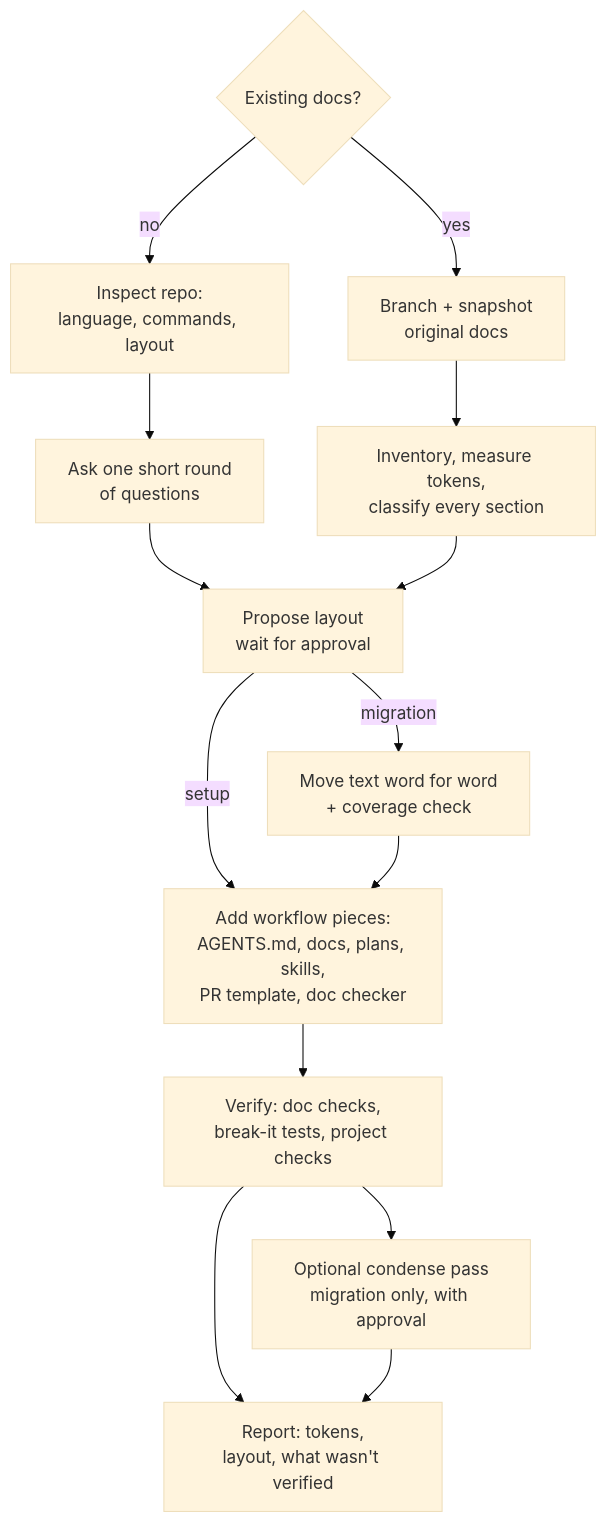
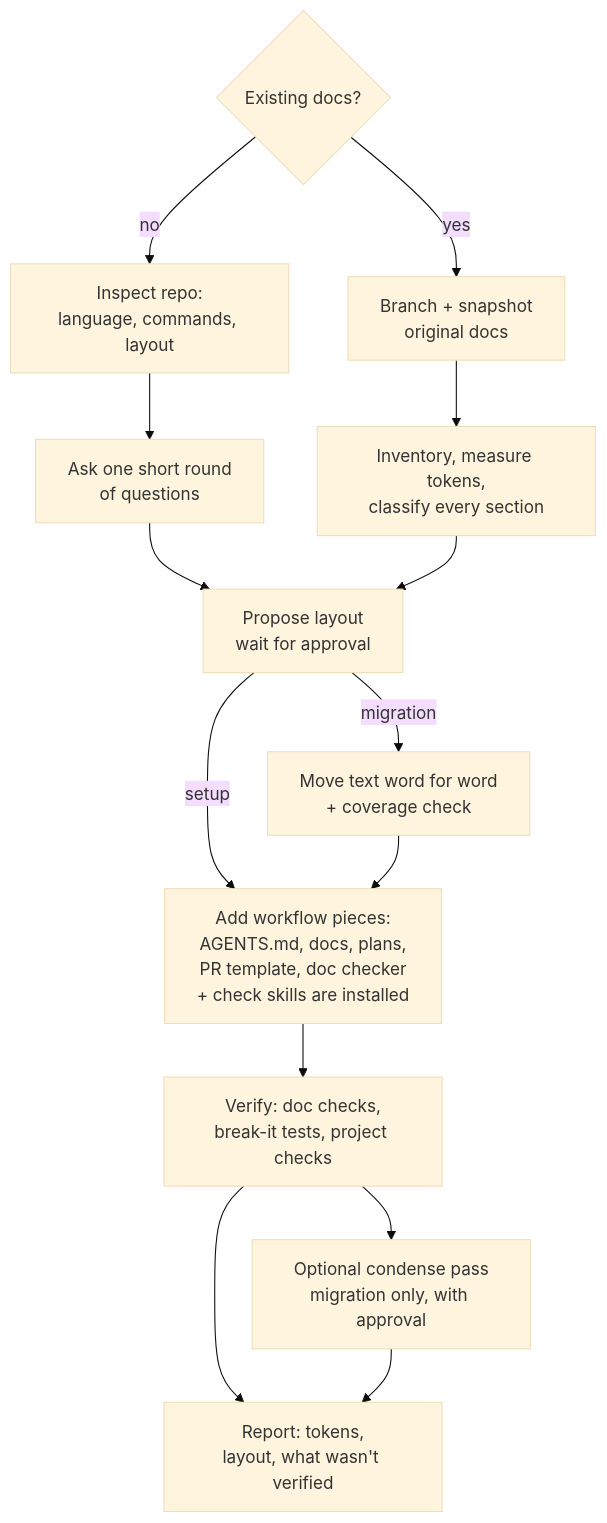
Before and after one commit to nbaradar/the-latent-space: the second of 2 diagrams in content/Notes + Research/AI + ML/Agentic Coding/Workflows/Documentation-Routed Agentic Coding.md, drawn with Mermaid (base theme). The commit also changed other lines of this file, not shown here.

````diff
--- a/content/Notes + Research/AI + ML/Agentic Coding/Workflows/Documentation-Routed Agentic Coding.md
+++ b/content/Notes + Research/AI + ML/Agentic Coding/Workflows/Documentation-Routed Agentic Coding.md
@@ -252,16 +269,16 @@
 ```mermaid
 flowchart TD
     M{Existing docs?} -->|no| S1[Inspect repo:<br/>language, commands, layout]
     S1 --> S2[Ask one short round<br/>of questions]
     M -->|yes| G1[Branch + snapshot<br/>original docs]
     G1 --> G2[Inventory, measure tokens,<br/>classify every section]
     S2 --> L[Propose layout<br/>wait for approval]
     G2 --> L
     L -->|migration| V[Move text word for word<br/>+ coverage check]
     L -->|setup| W
-    V --> W[Add workflow pieces:<br/>AGENTS.md, docs, plans, skills,<br/>PR template, doc checker]
+    V --> W[Add workflow pieces:<br/>AGENTS.md, docs, plans,<br/>PR template, doc checker<br/>+ check skills are installed]
     W --> C[Verify: doc checks,<br/>break-it tests, project checks]
     C --> O[Optional condense pass<br/>migration only, with approval]
     C --> R[Report: tokens,<br/>layout, what wasn't verified]
     O --> R
 ```
````
